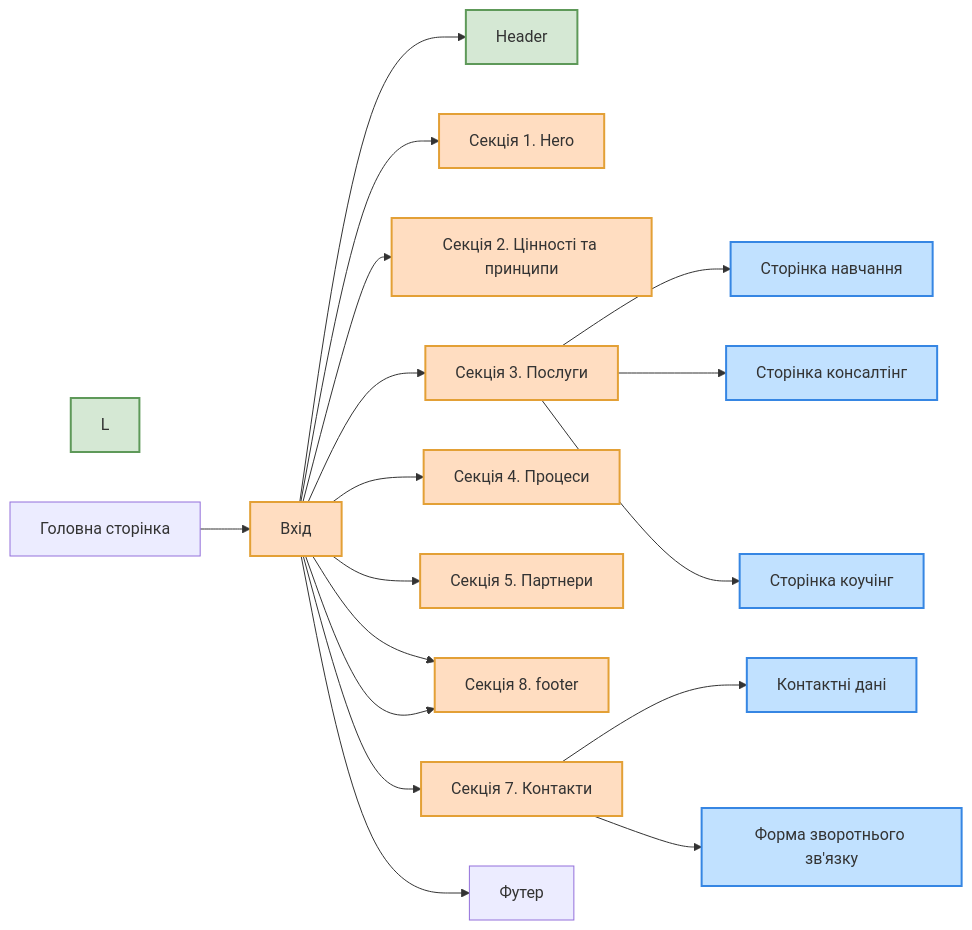
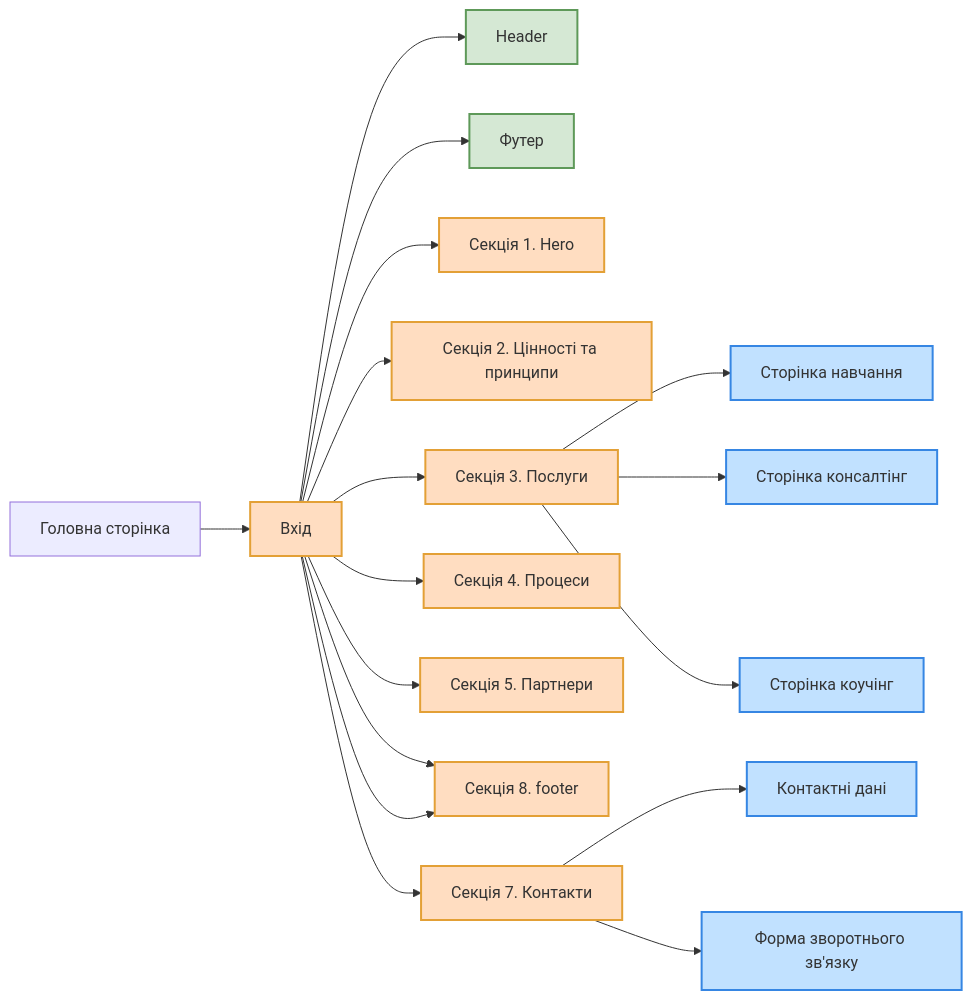
Before and after one commit to sergio-nezhigay/carptravel: the diagram in README.md, drawn with Mermaid.

````diff
--- a/README.md
+++ b/README.md
@@ -57,44 +57,44 @@
 ```mermaid
 graph LR
 
   %% Хедер і футер
   style B fill:#D5E8D4, stroke:#5E9959, stroke-width:2px;
-  style L fill:#D5E8D4, stroke:#5E9959, stroke-width:2px;
+  style J fill:#D5E8D4, stroke:#5E9959, stroke-width:2px;
 
   %% Секції
   style A fill:#FFDDC1, stroke:#E3A036, stroke-width:2px;
   style C fill:#FFDDC1, stroke:#E3A036, stroke-width:2px;
   style D fill:#FFDDC1, stroke:#E3A036, stroke-width:2px;
   style E fill:#FFDDC1, stroke:#E3A036, stroke-width:2px;
   style F fill:#FFDDC1, stroke:#E3A036, stroke-width:2px;
   style G fill:#FFDDC1, stroke:#E3A036, stroke-width:2px;
   style H fill:#FFDDC1, stroke:#E3A036, stroke-width:2px;
   style I fill:#FFDDC1, stroke:#E3A036, stroke-width:2px;
 
   %% Сторінки
   style N fill:#C1E1FF, stroke:#3686E3, stroke-width:2px;
   style O fill:#C1E1FF, stroke:#3686E3, stroke-width:2px;
   style P fill:#C1E1FF, stroke:#3686E3, stroke-width:2px;
   style R fill:#C1E1FF, stroke:#3686E3, stroke-width:2px;
   style S fill:#C1E1FF, stroke:#3686E3, stroke-width:2px;
 
   Z[Головна сторінка] --> A[Вхід]
   A --> B[Header]
   A --> C[Секція 1. Hero]
   A --> D[Секція 2. Цінності та принципи]
   A --> E[Секція 3. Послуги]
   A --> F[Секція 4. Процеси]
   A --> G[Секція 5. Партнери]
   A --> H[Секція 6. Відгуки]
   A --> I[Секція 7. Контакти]
   A --> J[Футер]
-    A --> H[Секція 8. footer]
+  A --> H[Секція 8. footer]
   E --> N[Сторінка навчання]
   E --> O[Сторінка консалтінг]
   E --> P[Сторінка коучінг]
 
   I --> R[Контактні дані]
   I --> S[Форма зворотнього зв'язку]
 
 
 ```
````
